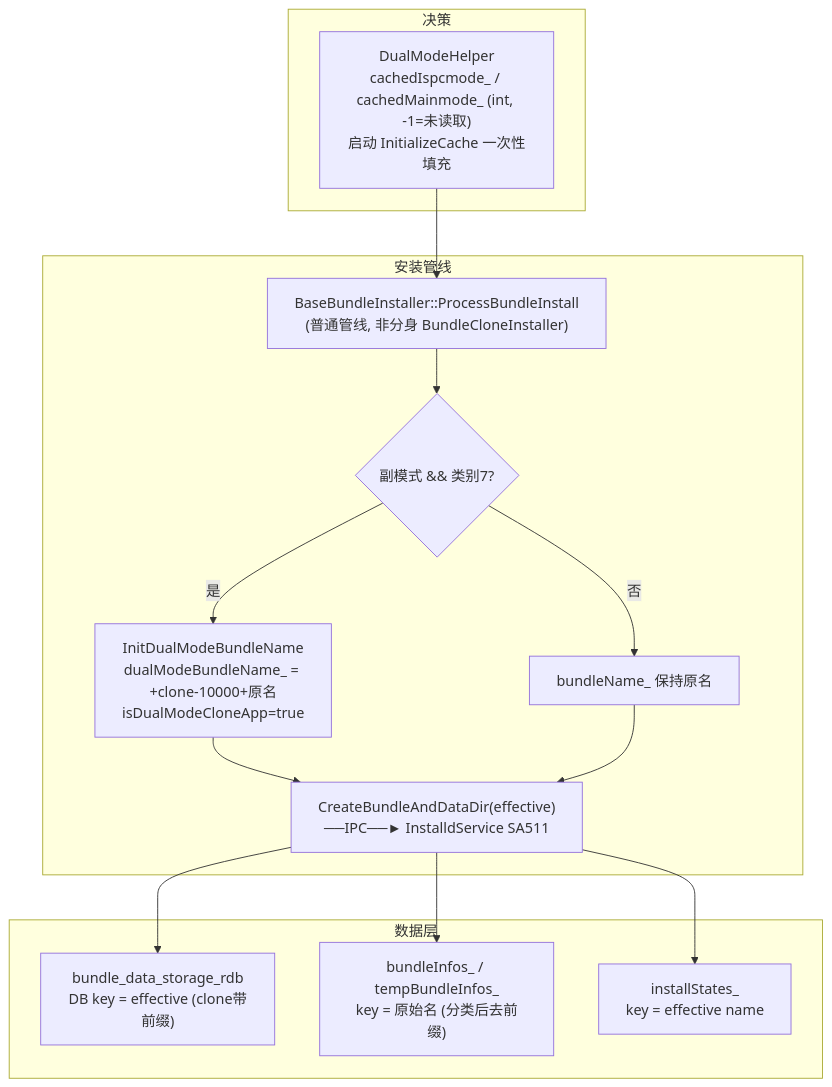
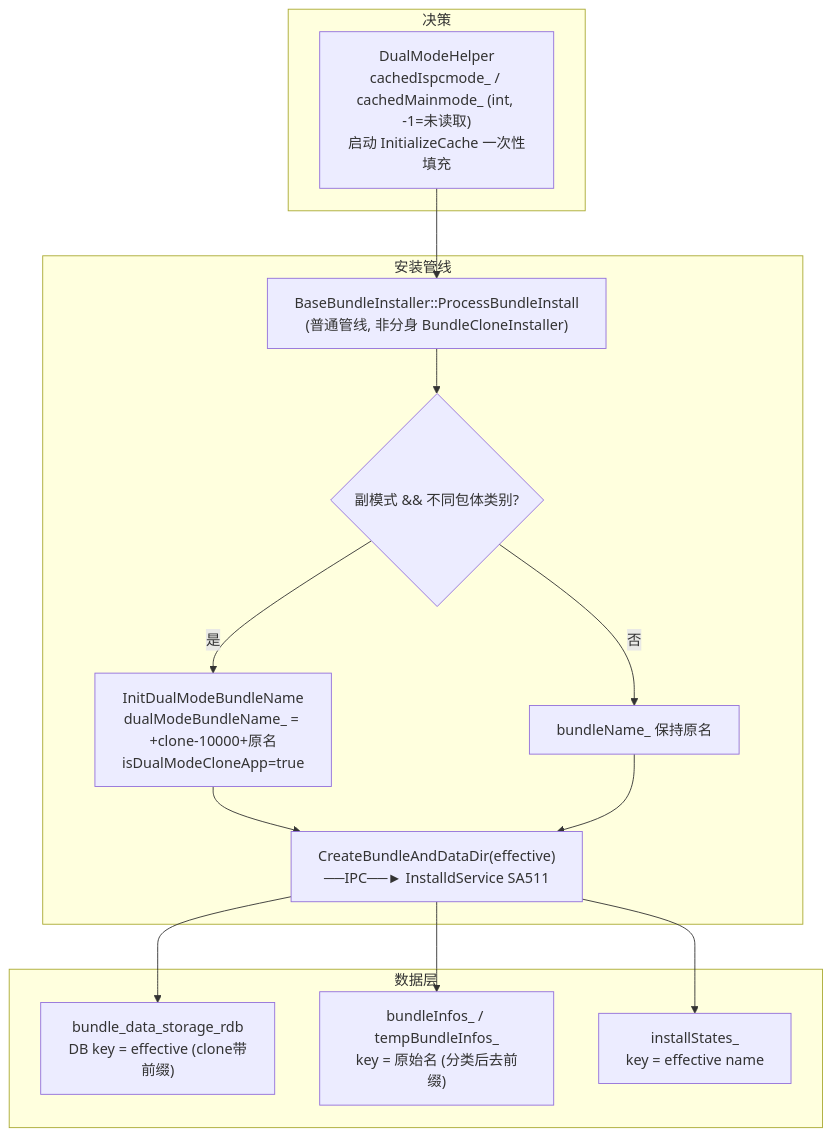
The first of 7 diagrams in .specs/features/dual-mode-app-install/design.md (eclipse-oniro-mirrors/bundlemanager_bundle_framework), drawn with Mermaid before and after one commit. The commit also changed other lines of this file and 4 other files, not shown here.

````diff
--- a/.specs/features/dual-mode-app-install/design.md
+++ b/.specs/features/dual-mode-app-install/design.md
@@ -72,20 +72,20 @@
 ```mermaid
 flowchart TD
     subgraph 决策
         A["DualModeHelper<br/>cachedIspcmode_ / cachedMainmode_ (int, -1=未读取)<br/>启动 InitializeCache 一次性填充"]
     end
     subgraph 安装管线
         B["BaseBundleInstaller::ProcessBundleInstall<br/>(普通管线, 非分身 BundleCloneInstaller)"]
-        B --> C{"副模式 && 类别7?"}
+        B --> C{"副模式 && 不同包体类别?"}
         C -- 是 --> D["InitDualModeBundleName<br/>dualModeBundleName_ = +clone-10000+原名<br/>isDualModeCloneApp=true"]
         C -- 否 --> E["bundleName_ 保持原名"]
         D --> F["CreateBundleAndDataDir(effective)<br/>──IPC──► InstalldService SA511"]
         E --> F
     end
     subgraph 数据层
         F --> G["bundle_data_storage_rdb<br/>DB key = effective (clone带前缀)"]
         F --> H["bundleInfos_ / tempBundleInfos_<br/>key = 原始名 (分类后去前缀)"]
         F --> I["installStates_<br/>key = effective name"]
     end
     A --> B
 ```
````
